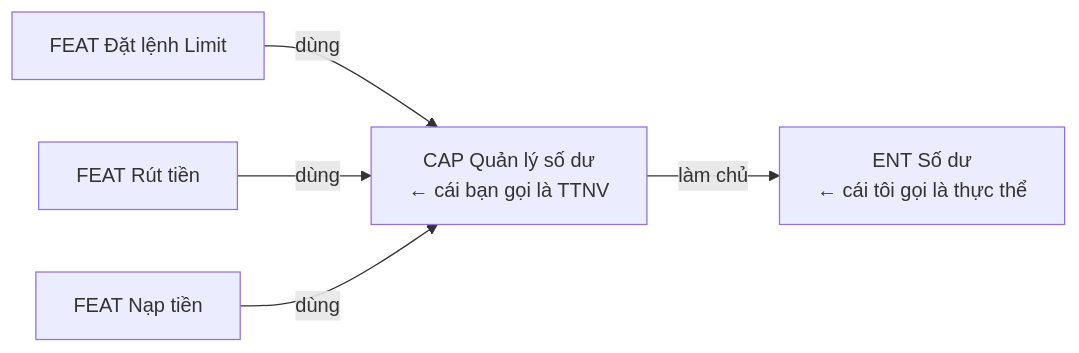
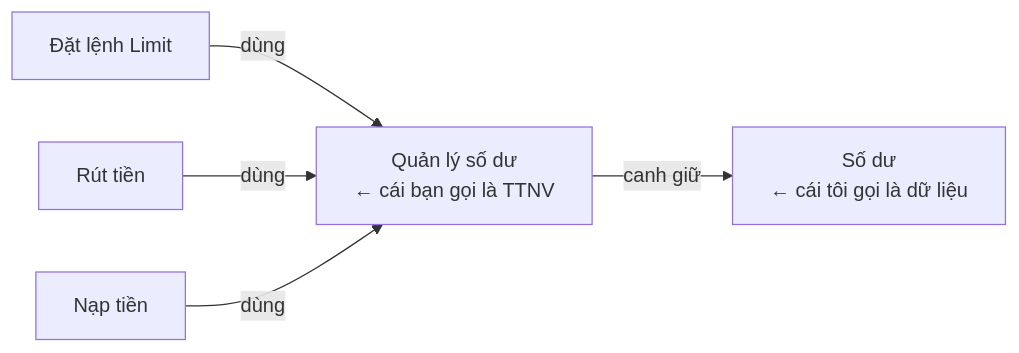
One commit to Kynderis/kendrick-ai-tools changed the first of 6 diagrams in answer.md. Above: the diagram before and after it, drawn with Mermaid. The commit also changed other lines of this file and 1 other file, not shown here.

````diff
--- a/answer.md
+++ b/answer.md
@@ -61,7 +81,7 @@
 ```mermaid
 flowchart LR
-    A["CAP Quản lý số dư<br/>← cái bạn gọi là TTNV"] -->|"làm chủ"| B["ENT Số dư<br/>← cái tôi gọi là thực thể"]
-    C["FEAT Đặt lệnh Limit"] -->|"dùng"| A
-    D["FEAT Rút tiền"] -->|"dùng"| A
-    E["FEAT Nạp tiền"] -->|"dùng"| A
+    A["Quản lý số dư<br/>← cái bạn gọi là TTNV"] -->|"canh giữ"| B["Số dư<br/>← cái tôi gọi là dữ liệu"]
+    C["Đặt lệnh Limit"] -->|"dùng"| A
+    D["Rút tiền"] -->|"dùng"| A
+    E["Nạp tiền"] -->|"dùng"| A
 ```
````
